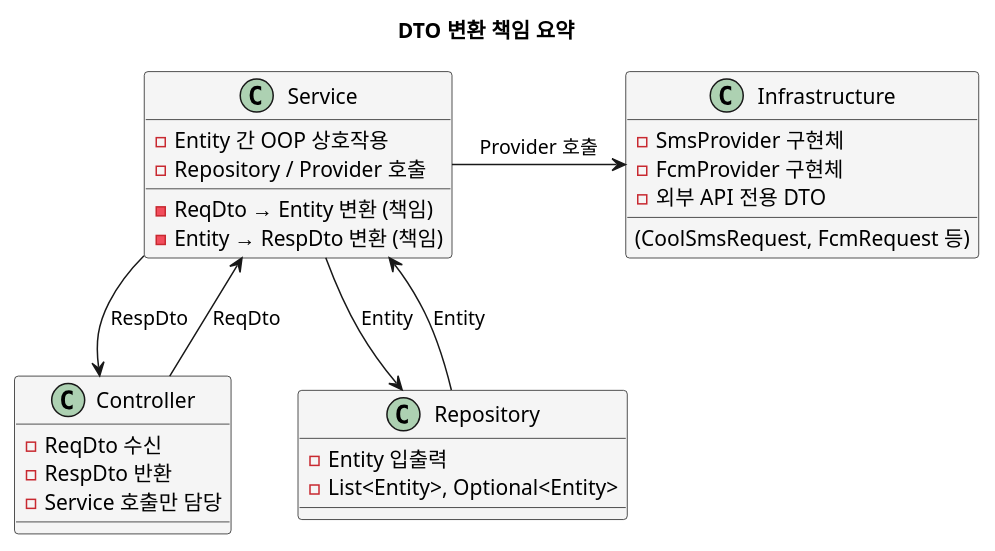
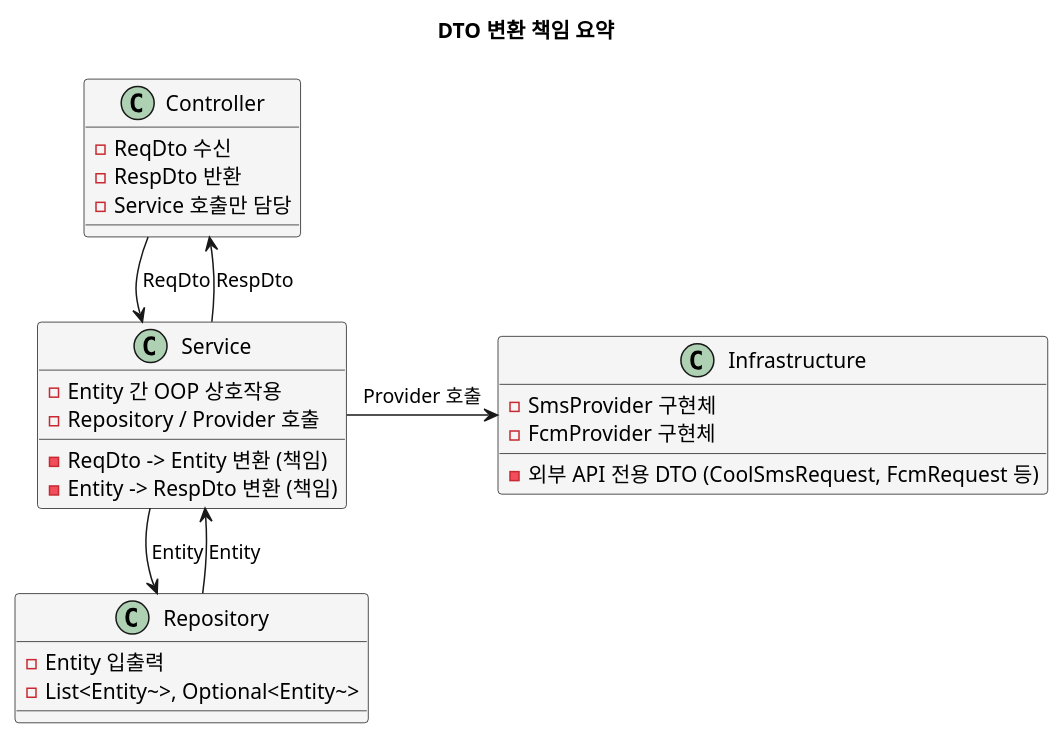
Before and after one commit to JinEunPark/duty-checker: the diagram in docs/diagrams/dto-responsibility.puml, drawn with PlantUML. The commit also changed 1 other file, not shown here.

Commit message:
#16 아키텍처 시퀀스 다이어그램 추가

```diff
--- a/docs/diagrams/dto-responsibility.puml
+++ b/docs/diagrams/dto-responsibility.puml
@@ -1,37 +1,37 @@
 @startuml dto-responsibility
+!pragma layout smetana
 skinparam classBackgroundColor #f5f5f5
 
 title DTO 변환 책임 요약
 
 class Controller {
   - ReqDto 수신
   - RespDto 반환
   - Service 호출만 담당
 }
 
 class Service {
-  - ReqDto → Entity 변환 (책임)
+  - ReqDto -> Entity 변환 (책임)
   - Entity 간 OOP 상호작용
-  - Entity → RespDto 변환 (책임)
+  - Entity -> RespDto 변환 (책임)
   - Repository / Provider 호출
 }
 
 class Repository {
   - Entity 입출력
-  - List<Entity>, Optional<Entity>
+  - List~<Entity~>, Optional~<Entity~>
 }
 
 class Infrastructure {
   - SmsProvider 구현체
   - FcmProvider 구현체
-  - 외부 API 전용 DTO
-    (CoolSmsRequest, FcmRequest 등)
+  - 외부 API 전용 DTO (CoolSmsRequest, FcmRequest 등)
 }
 
 Controller -down-> Service : ReqDto
-Service -down-> Controller : RespDto
+Service -up-> Controller : RespDto
 Service -down-> Repository : Entity
 Repository -up-> Service : Entity
 Service -right-> Infrastructure : Provider 호출
 
 @enduml
```
